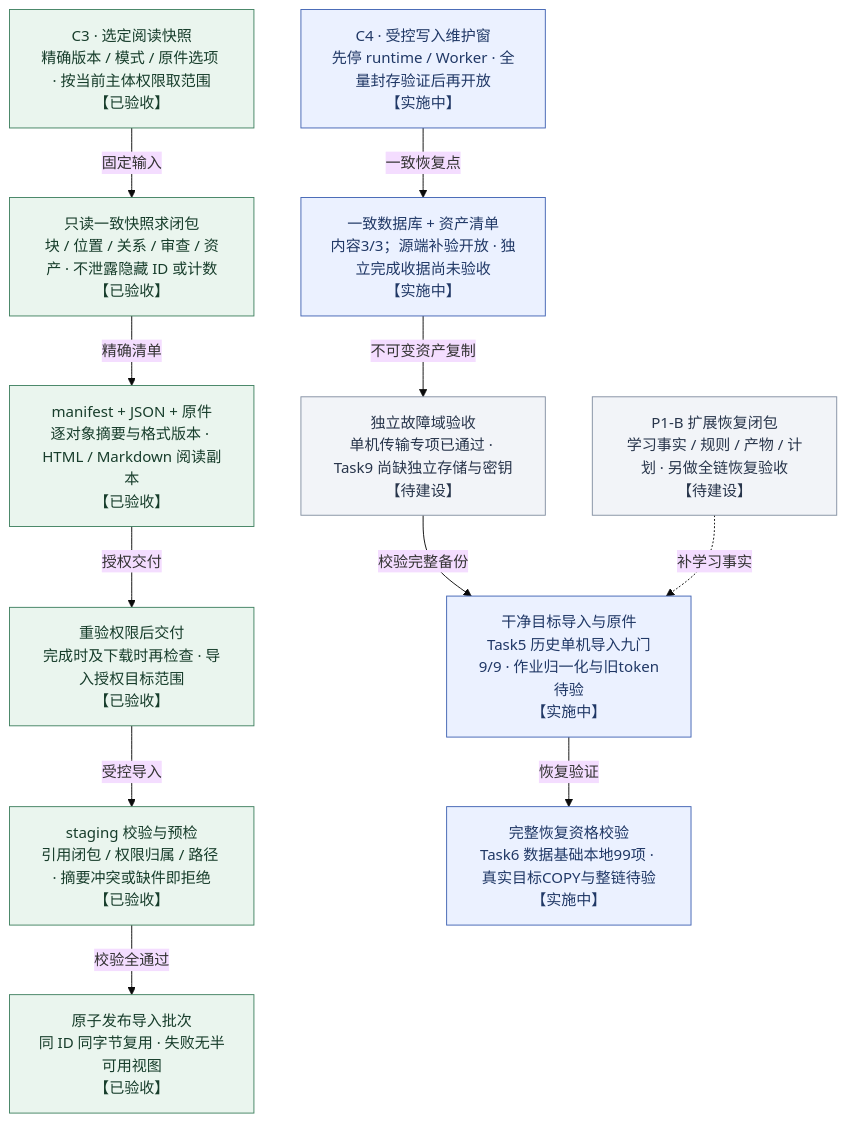
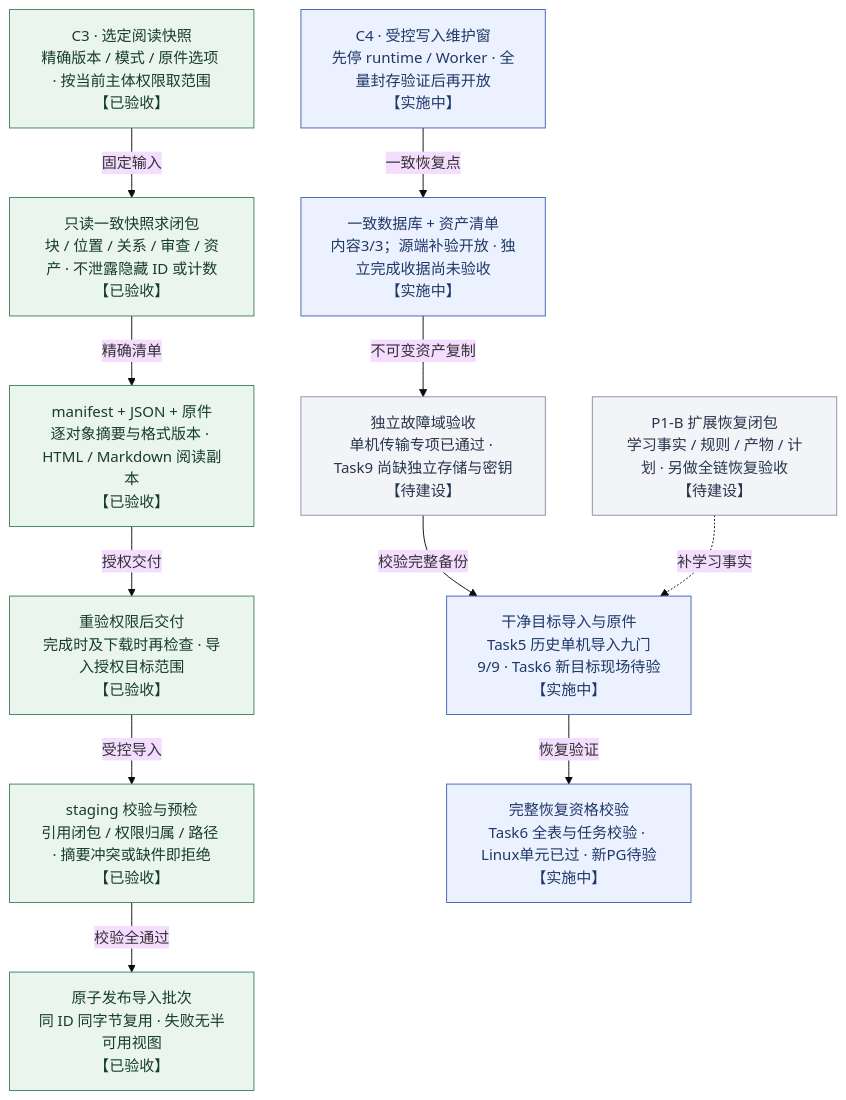
The eighth of 9 diagrams in docs/KnowWeave实施路线与系统架构.md (MansurnamedZhang/learning-system-p0c4), drawn with Mermaid (base theme) before and after one commit. The commit also changed other lines of this file and 29 other files, not shown here.

````diff
--- a/docs/KnowWeave实施路线与系统架构.md
+++ b/docs/KnowWeave实施路线与系统架构.md
@@ -362,32 +366,32 @@
 ```mermaid
 flowchart TB
     view["C3 · 选定阅读快照<br/>精确版本 / 模式 / 原件选项 · 按当前主体权限取范围<br/>【已验收】"]
     closure["只读一致快照求闭包<br/>块 / 位置 / 关系 / 审查 / 资产 · 不泄露隐藏 ID 或计数<br/>【已验收】"]
     bundle["manifest + JSON + 原件<br/>逐对象摘要与格式版本 · HTML / Markdown 阅读副本<br/>【已验收】"]
     visible["原子发布导入批次<br/>同 ID 同字节复用 · 失败无半可用视图<br/>【已验收】"]
     preflight["staging 校验与预检<br/>引用闭包 / 权限归属 / 路径 · 摘要冲突或缺件即拒绝<br/>【已验收】"]
     delivery["重验权限后交付<br/>完成时及下载时再检查 · 导入授权目标范围<br/>【已验收】"]
     pause["C4 · 受控写入维护窗<br/>先停 runtime / Worker · 全量封存验证后再开放<br/>【实施中】"]
     backup["一致数据库 + 资产清单<br/>内容3/3；源端补验开放 · 独立完成收据尚未验收<br/>【实施中】"]
     copy["独立故障域验收<br/>单机传输专项已通过 · Task9 尚缺独立存储与密钥<br/>【待建设】"]
-    check["完整恢复资格校验<br/>Task6 数据基础本地99项 · 真实目标COPY与整链待验<br/>【实施中】"]
-    restore["干净目标导入与原件<br/>Task5 历史单机导入九门9/9 · 作业归一化与旧token待验<br/>【实施中】"]
+    check["完整恢复资格校验<br/>Task6 全表与任务校验 · Linux单元已过 · 新PG待验<br/>【实施中】"]
+    restore["干净目标导入与原件<br/>Task5 历史单机导入九门9/9 · Task6 新目标现场待验<br/>【实施中】"]
     future["P1-B 扩展恢复闭包<br/>学习事实 / 规则 / 产物 / 计划 · 另做全链恢复验收<br/>【待建设】"]
     view -- "固定输入" --> closure
     closure -- "精确清单" --> bundle
     bundle -- "授权交付" --> delivery
     delivery -- "受控导入" --> preflight
     preflight -- "校验全通过" --> visible
     pause -- "一致恢复点" --> backup
     backup -- "不可变资产复制" --> copy
     copy -- "校验完整备份" --> restore
     restore -- "恢复验证" --> check
     future -. "补学习事实" .-> restore
     class view,closure,bundle,visible,preflight,delivery done
     class pause,backup,check,restore next
     class copy,future planned
     classDef done fill:#eaf5ee,stroke:#438363,color:#173d2b
     classDef next fill:#ebf1ff,stroke:#4365b4,color:#203866
     classDef planned fill:#f2f4f8,stroke:#8591a3,color:#28354b
     classDef optional fill:#f3ecfb,stroke:#9271b0,color:#4a3362
 ```
````
